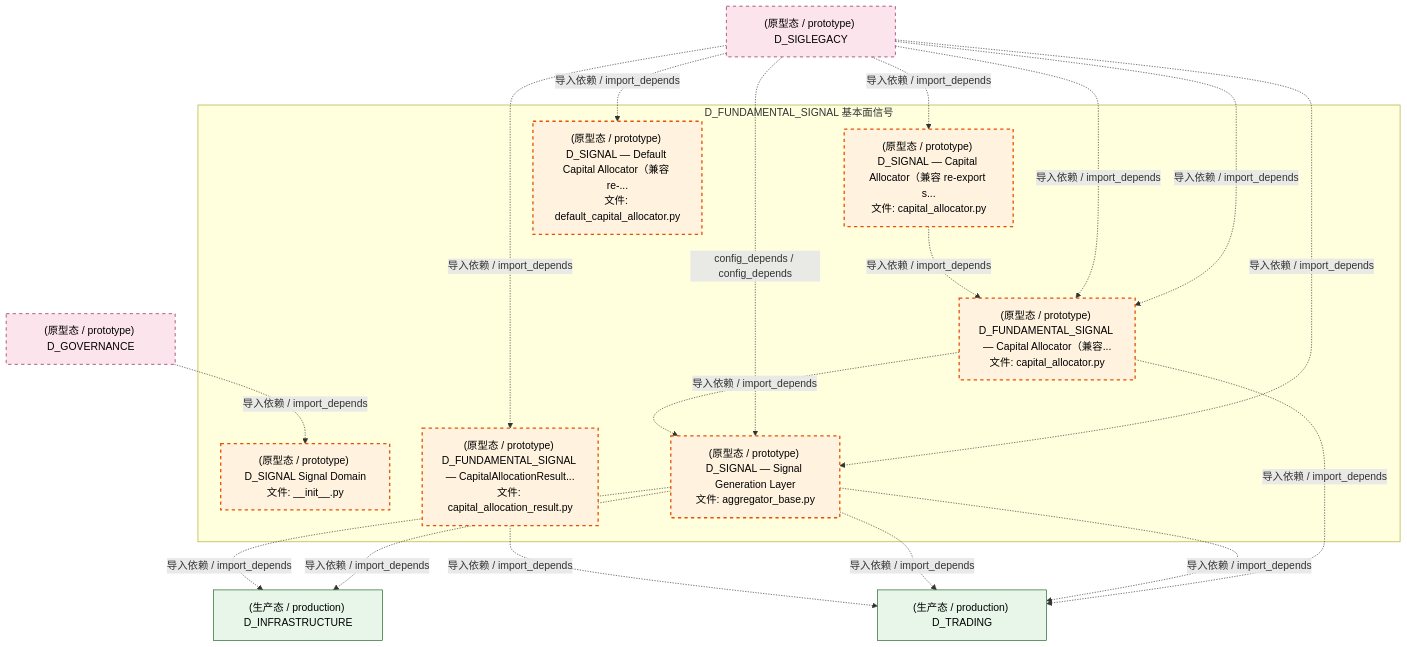
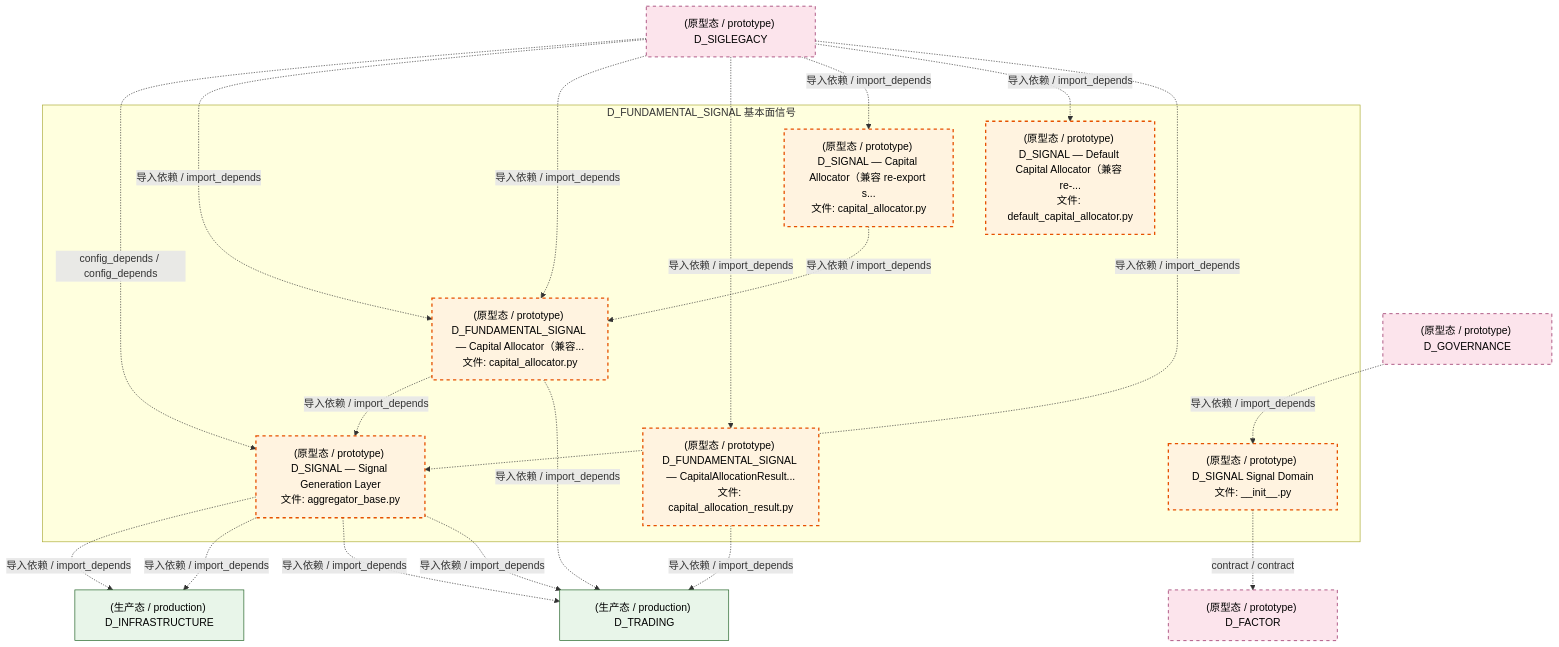
Before and after one commit to xuanFelixVan/ZephyrAlpha: the third of 4 diagrams in docs/02_enterprise_architecture/02_domain_architecture_docs/37_d_fundamental_signal.md, drawn with Mermaid. The commit also changed other lines of this file and 126 other files, not shown here.

````diff
--- a/docs/02_enterprise_architecture/02_domain_architecture_docs/37_d_fundamental_signal.md
+++ b/docs/02_enterprise_architecture/02_domain_architecture_docs/37_d_fundamental_signal.md
@@ -197,38 +197,40 @@
 ```mermaid
 graph TD
     subgraph D_FUNDAMENTAL_SIGNAL["D_FUNDAMENTAL_SIGNAL 基本面信号"]
         src_zephyr_signal_fundamental_init_py["(原型态 / prototype) D_SIGNAL Signal Domain<br/>文件: __init__.py"]
         src_zephyr_signal_fundamental_capital_capital_allocation_result_py["(原型态 / prototype) D_FUNDAMENTAL_SIGNAL — CapitalAllocationResult...<br/>文件: capital_allocation_result.py"]
         src_zephyr_signal_fundamental_capital_capital_allocator_py["(原型态 / prototype) D_SIGNAL — Capital Allocator（兼容 re-export s...<br/>文件: capital_allocator.py"]
         src_zephyr_signal_fundamental_capital_default_capital_allocator_py["(原型态 / prototype) D_SIGNAL — Default Capital Allocator（兼容 re-...<br/>文件: default_capital_allocator.py"]
         src_zephyr_signal_fundamental_gen_aggregator_base_py["(原型态 / prototype) D_SIGNAL — Signal Generation Layer<br/>文件: aggregator_base.py"]
         src_zephyr_signal_fundamental_strategy_capital_allocator_py["(原型态 / prototype) D_FUNDAMENTAL_SIGNAL — Capital Allocator（兼容...<br/>文件: capital_allocator.py"]
     end
     src_zephyr_signal_fundamental_capital_capital_allocator_py -.->|导入依赖 / import_depends| src_zephyr_signal_fundamental_strategy_capital_allocator_py
     src_zephyr_signal_fundamental_strategy_capital_allocator_py -.->|导入依赖 / import_depends| src_zephyr_signal_fundamental_gen_aggregator_base_py
+    D_FACTOR["(原型态 / prototype) D_FACTOR"]
+    src_zephyr_signal_fundamental_init_py -.->|contract / contract| D_FACTOR
     D_TRADING["(生产态 / production) D_TRADING"]
     src_zephyr_signal_fundamental_capital_capital_allocation_result_py -.->|导入依赖 / import_depends| D_TRADING
     D_INFRASTRUCTURE["(生产态 / production) D_INFRASTRUCTURE"]
     src_zephyr_signal_fundamental_gen_aggregator_base_py -.->|导入依赖 / import_depends| D_INFRASTRUCTURE
     src_zephyr_signal_fundamental_gen_aggregator_base_py -.->|导入依赖 / import_depends| D_INFRASTRUCTURE
     src_zephyr_signal_fundamental_gen_aggregator_base_py -.->|导入依赖 / import_depends| D_TRADING
     src_zephyr_signal_fundamental_gen_aggregator_base_py -.->|导入依赖 / import_depends| D_TRADING
     src_zephyr_signal_fundamental_strategy_capital_allocator_py -.->|导入依赖 / import_depends| D_TRADING
     D_SIGLEGACY["(原型态 / prototype) D_SIGLEGACY"]
+    D_SIGLEGACY -.->|config_depends / config_depends| src_zephyr_signal_fundamental_gen_aggregator_base_py
     D_SIGLEGACY -.->|导入依赖 / import_depends| src_zephyr_signal_fundamental_strategy_capital_allocator_py
-    D_SIGLEGACY -.->|config_depends / config_depends| src_zephyr_signal_fundamental_gen_aggregator_base_py
     D_SIGLEGACY -.->|导入依赖 / import_depends| src_zephyr_signal_fundamental_strategy_capital_allocator_py
     D_SIGLEGACY -.->|导入依赖 / import_depends| src_zephyr_signal_fundamental_capital_capital_allocation_result_py
     D_SIGLEGACY -.->|导入依赖 / import_depends| src_zephyr_signal_fundamental_capital_capital_allocator_py
     D_SIGLEGACY -.->|导入依赖 / import_depends| src_zephyr_signal_fundamental_capital_default_capital_allocator_py
     D_GOVERNANCE["(原型态 / prototype) D_GOVERNANCE"]
     D_GOVERNANCE -.->|导入依赖 / import_depends| src_zephyr_signal_fundamental_init_py
     D_SIGLEGACY -.->|导入依赖 / import_depends| src_zephyr_signal_fundamental_gen_aggregator_base_py
     classDef production fill:#e1f5fe,stroke:#01579b,stroke-width:2px,color:#000
     classDef design fill:#fff3e0,stroke:#e65100,stroke-width:2px,color:#000,stroke-dasharray: 5 5
     classDef external_prod fill:#e8f5e9,stroke:#1b5e20,stroke-width:1px,color:#000
     classDef external_design fill:#fce4ec,stroke:#880e4f,stroke-width:1px,color:#000,stroke-dasharray: 5 5
     class src_zephyr_signal_fundamental_init_py,src_zephyr_signal_fundamental_capital_capital_allocation_result_py,src_zephyr_signal_fundamental_capital_capital_allocator_py,src_zephyr_signal_fundamental_capital_default_capital_allocator_py,src_zephyr_signal_fundamental_gen_aggregator_base_py,src_zephyr_signal_fundamental_strategy_capital_allocator_py design
     class D_TRADING,D_INFRASTRUCTURE external_prod
-    class D_SIGLEGACY,D_GOVERNANCE external_design
+    class D_FACTOR,D_SIGLEGACY,D_GOVERNANCE external_design
 ```
````
